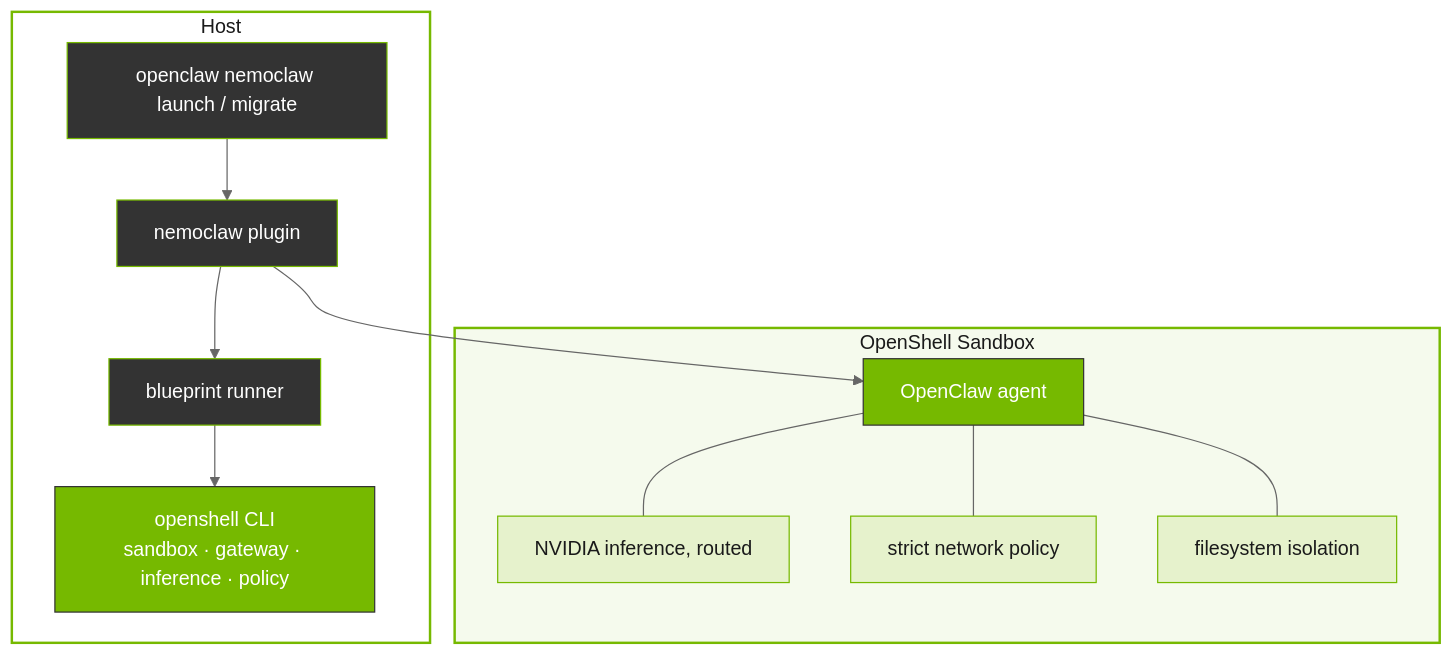
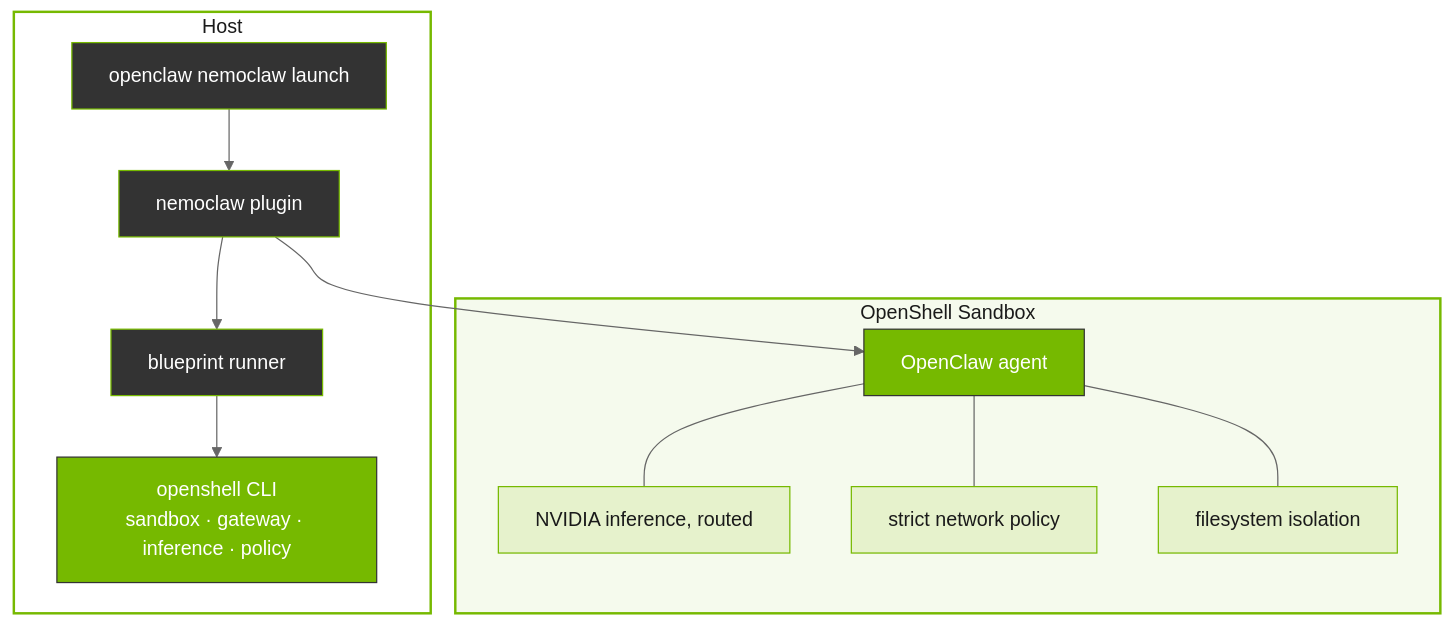
Before and after one commit to Solizardking/NemoClaw: the diagram in docs/about/overview.md, drawn with Mermaid (neutral theme). The commit also changed other lines of this file and 14 other files, not shown here.

````diff
--- a/docs/about/overview.md
+++ b/docs/about/overview.md
@@ -37,38 +37,38 @@
 ```{mermaid}
 flowchart TB
     subgraph Host
-        CMD["openclaw nemoclaw launch / migrate"]
+        CMD["openclaw nemoclaw launch"]
         PLUGIN[nemoclaw plugin]
         BLUEPRINT[blueprint runner]
         CLI["openshell CLI\nsandbox · gateway · inference · policy"]
 
         CMD --> PLUGIN
         PLUGIN --> BLUEPRINT
         BLUEPRINT --> CLI
     end
 
     subgraph Sandbox["OpenShell Sandbox"]
         AGENT[OpenClaw agent]
         INF[NVIDIA inference, routed]
         NET[strict network policy]
         FS[filesystem isolation]
 
         AGENT --- INF
         AGENT --- NET
         AGENT --- FS
     end
 
     PLUGIN --> AGENT
 
     classDef nv fill:#76b900,stroke:#333,color:#fff
     classDef nvLight fill:#e6f2cc,stroke:#76b900,color:#1a1a1a
     classDef nvDark fill:#333,stroke:#76b900,color:#fff
 
     class CMD,PLUGIN,BLUEPRINT nvDark
     class CLI nv
     class AGENT nv
     class INF,NET,FS nvLight
 
     style Host fill:none,stroke:#76b900,stroke-width:2px,color:#1a1a1a
     style Sandbox fill:#f5faed,stroke:#76b900,stroke-width:2px,color:#1a1a1a
 ```
````
